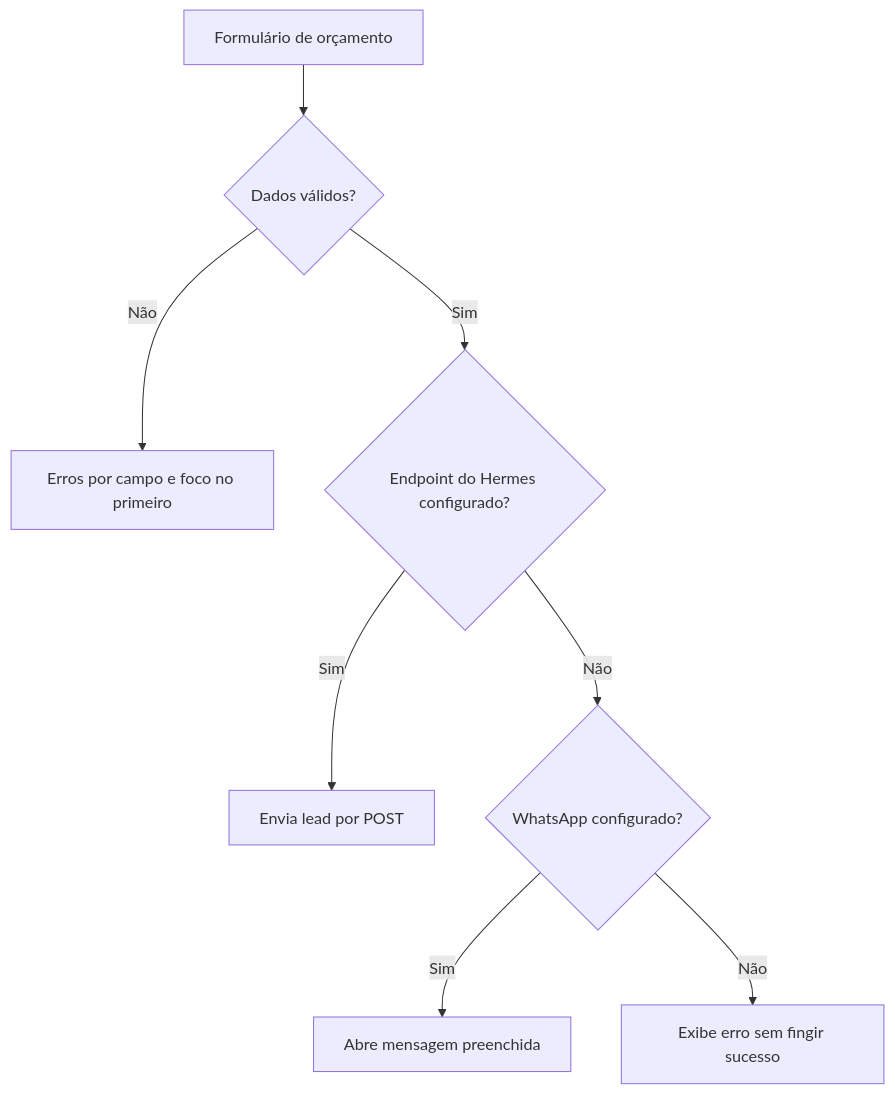
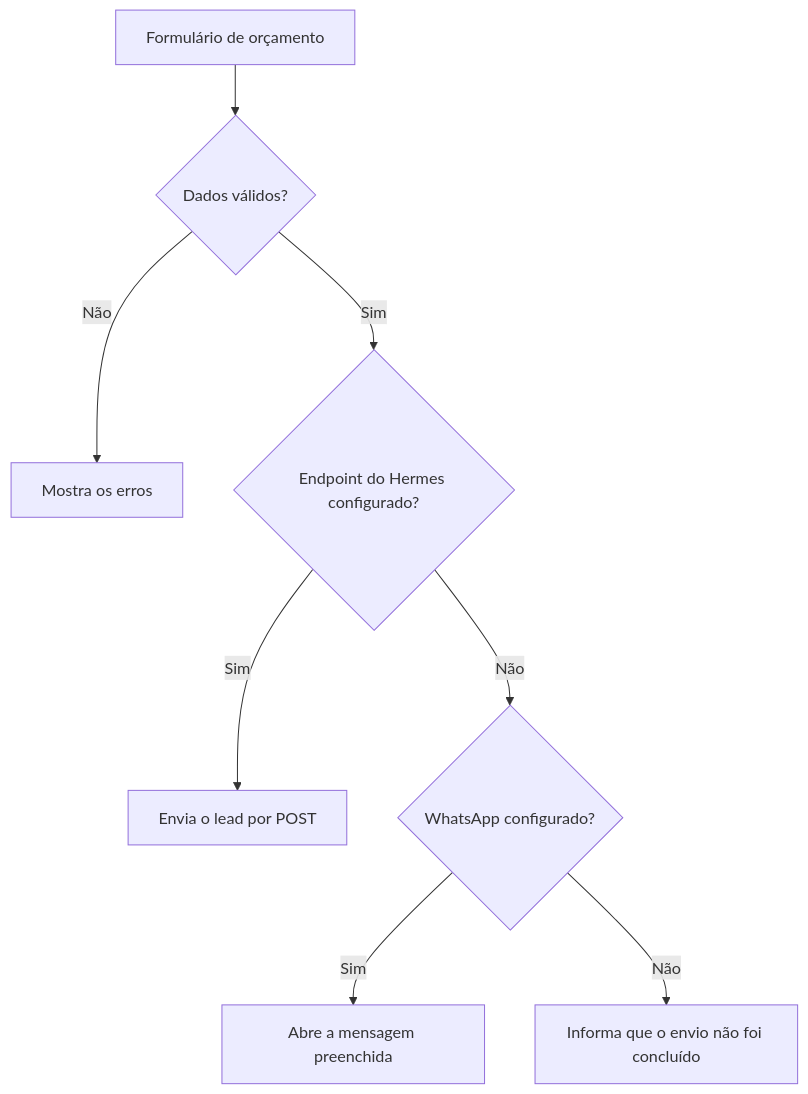
One commit to g4brielbr4sil/barthy-web-studio changed the first of 2 diagrams in README.md. Above: the diagram before and after it, drawn with Mermaid. The commit also changed other lines of this file, not shown here.

````diff
--- a/README.md
+++ b/README.md
@@ -118,10 +99,10 @@
 ```mermaid
 flowchart TD
     FORM[Formulário de orçamento] --> VALIDATE{Dados válidos?}
-    VALIDATE -->|Não| ERRORS[Erros por campo e foco no primeiro]
+    VALIDATE -->|Não| ERRORS[Mostra os erros]
     VALIDATE -->|Sim| HERMES{Endpoint do Hermes configurado?}
-    HERMES -->|Sim| POST[Envia lead por POST]
+    HERMES -->|Sim| POST[Envia o lead por POST]
     HERMES -->|Não| WA{WhatsApp configurado?}
-    WA -->|Sim| OPEN[Abre mensagem preenchida]
-    WA -->|Não| FAILURE[Exibe erro sem fingir sucesso]
+    WA -->|Sim| OPEN[Abre a mensagem preenchida]
+    WA -->|Não| FAILURE[Informa que o envio não foi concluído]
 ```
````
